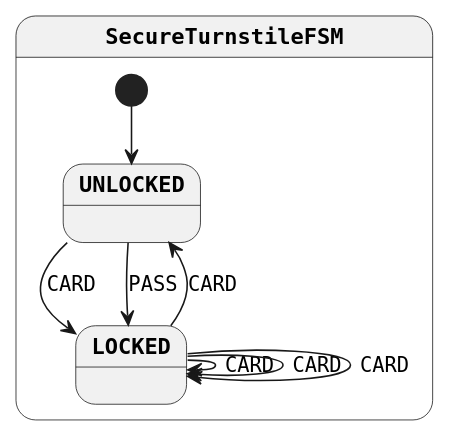
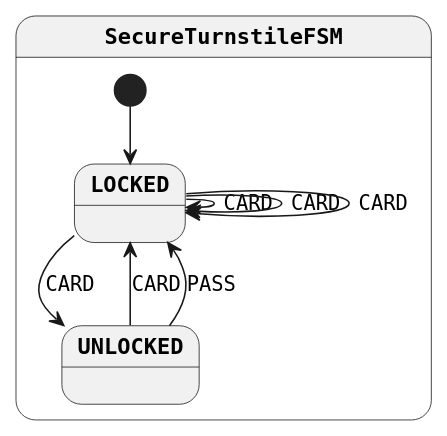
One commit to open-jumpco/kfsm changed the diagram in generated/secure-turnstile-detail-simple.plantuml. Above: the diagram before and after it, drawn with PlantUML. The commit also changed 13 other files, not shown here.

```diff
--- a/generated/secure-turnstile-detail-simple.plantuml
+++ b/generated/secure-turnstile-detail-simple.plantuml
@@ -1,18 +1,18 @@
 @startuml
 skinparam monochrome true
 skinparam StateFontName Helvetica
 skinparam defaultFontName Monospaced
 skinparam defaultFontStyle Bold
 skinparam state {
     FontStyle Bold
 }
 state SecureTurnstileFSM {
-[*] --> UNLOCKED
+[*] --> LOCKED
 LOCKED --> LOCKED : CARD
 LOCKED --> LOCKED : CARD
 LOCKED --> UNLOCKED : CARD
 LOCKED --> LOCKED : CARD
 UNLOCKED --> LOCKED : CARD
 UNLOCKED --> LOCKED : PASS
 }
 @enduml
```
